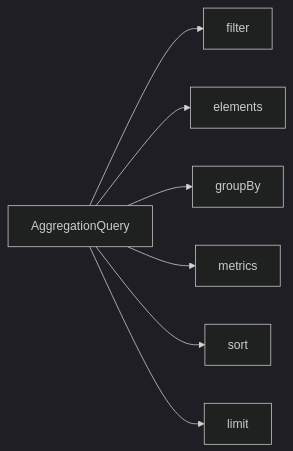
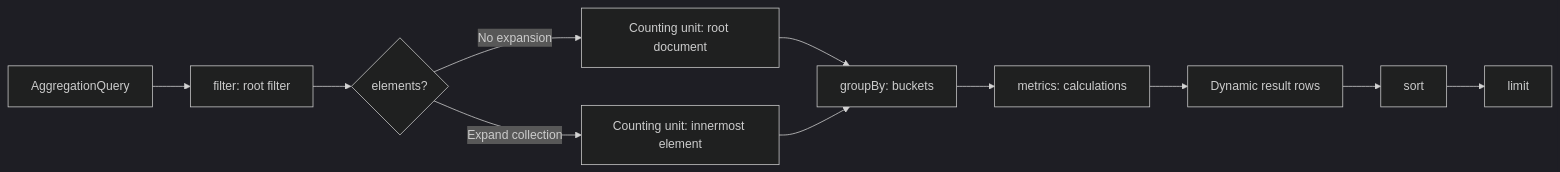
The diagram in documentation/docs/en/guide/query/aggregation-query.md (Ahoo-Wang/Wow), drawn with Mermaid (dark theme) before and after one commit. The commit also changed 17 other files, not shown here.

Commit message:
docs(query): add diagrams to query guides

````diff
--- a/documentation/docs/en/guide/query/aggregation-query.md
+++ b/documentation/docs/en/guide/query/aggregation-query.md
@@ -12,9 +12,13 @@
 ```mermaid
 flowchart LR
-    Q[AggregationQuery] --> F[filter]
-    Q --> E[elements]
-    Q --> G[groupBy]
-    Q --> M[metrics]
-    Q --> S[sort]
-    Q --> L[limit]
+    Q["AggregationQuery"] --> F["filter: root filter"]
+    F --> E{"elements?"}
+    E -->|No expansion| RootUnit["Counting unit: root document"]
+    E -->|Expand collection| ElementUnit["Counting unit: innermost element"]
+    RootUnit --> G["groupBy: buckets"]
+    ElementUnit --> G
+    G --> M["metrics: calculations"]
+    M --> Rows["Dynamic result rows"]
+    Rows --> S["sort"]
+    S --> L["limit"]
 ```
````
